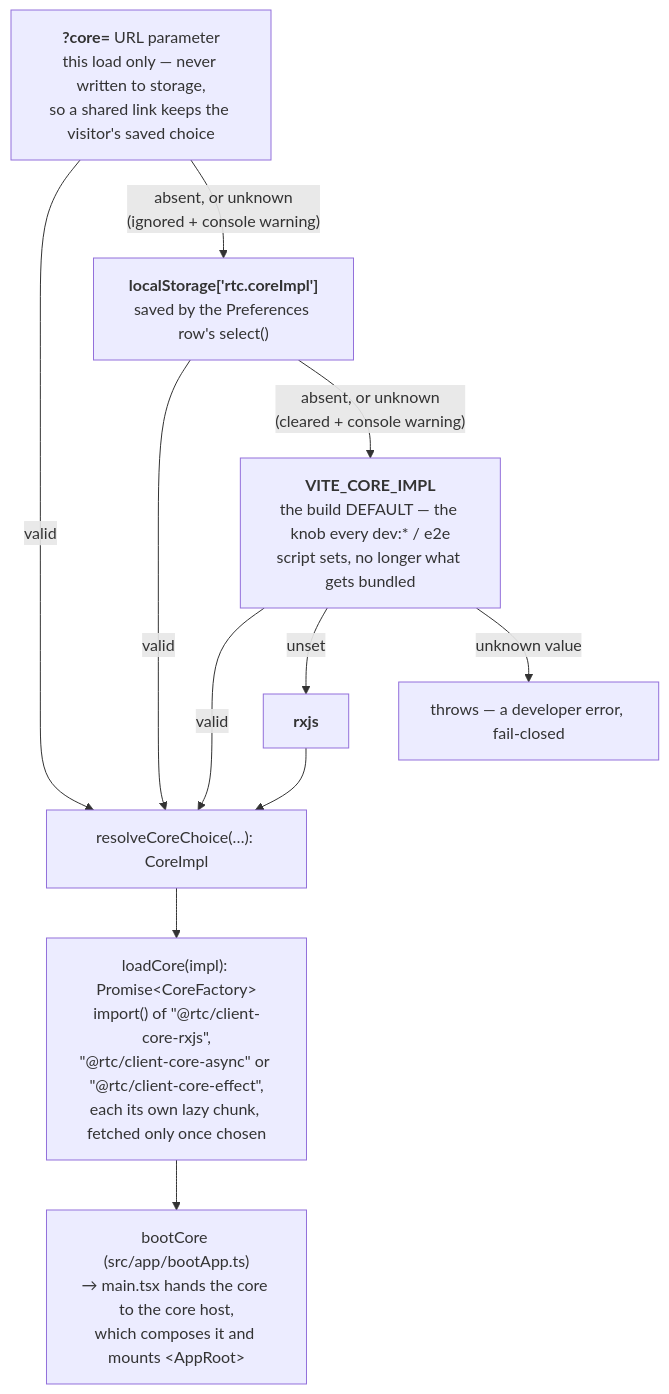
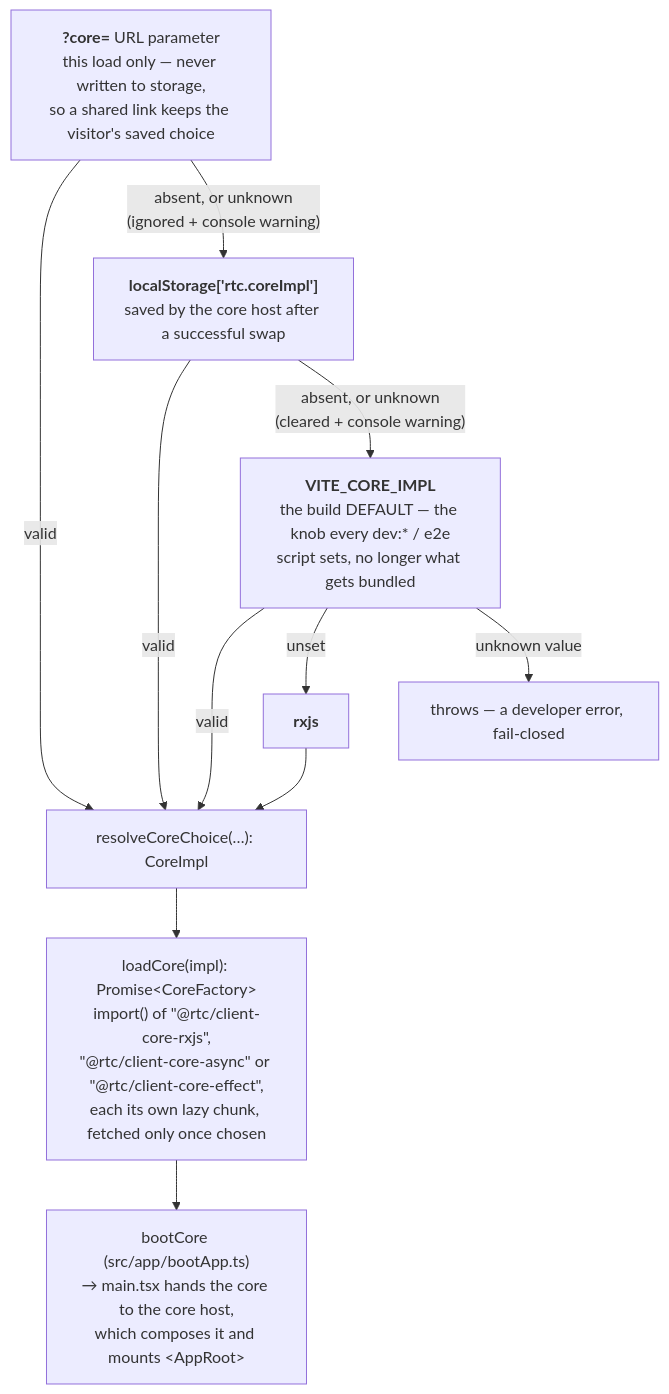
One commit to bettersoftware-io/ReactiveTraderCloudClone changed the second of 2 diagrams in docs/architecture/22-pluggable-application-core.md. Above: the diagram before and after it, drawn with Mermaid. The commit also changed other lines of this file and 14 other files, not shown here.

First line of the commit message:
docs: hot swap — renumber to guarantee 8 / promise 11, the web composition root is main.tsx + the core host

````diff
--- a/docs/architecture/22-pluggable-application-core.md
+++ b/docs/architecture/22-pluggable-application-core.md
@@ -114,22 +114,22 @@
 ```mermaid
 flowchart TD
   url["<b>?core=</b> URL parameter<br/>this load only — never written to storage,<br/>so a shared link keeps the visitor's saved choice"]
-  stored["<b>localStorage['rtc.coreImpl']</b><br/>saved by the Preferences row's select()"]
+  stored["<b>localStorage['rtc.coreImpl']</b><br/>saved by the core host after a successful swap"]
   build["<b>VITE_CORE_IMPL</b><br/>the build DEFAULT — the knob every dev:* / e2e<br/>script sets, no longer what gets bundled"]
   fallback["<b>rxjs</b>"]
   fail["throws — a developer error, fail-closed"]
   resolved["resolveCoreChoice(…): CoreImpl"]
   load["loadCore(impl): Promise#lt;CoreFactory#gt;<br/>import() of #quot;@rtc/client-core-rxjs#quot;,<br/>#quot;@rtc/client-core-async#quot; or #quot;@rtc/client-core-effect#quot;,<br/>each its own lazy chunk, fetched only once chosen"]
   boot["bootCore (src/app/bootApp.ts)<br/>→ main.tsx hands the core to the core host,<br/>which composes it and mounts #lt;AppRoot#gt;"]
 
   url -- "valid" --> resolved
   url -- "absent, or unknown<br/>(ignored + console warning)" --> stored
   stored -- "valid" --> resolved
   stored -- "absent, or unknown<br/>(cleared + console warning)" --> build
   build -- "valid" --> resolved
   build -- "unset" --> fallback
   build -- "unknown value" --> fail
   fallback --> resolved
   resolved --> load
   load --> boot
 ```
````
